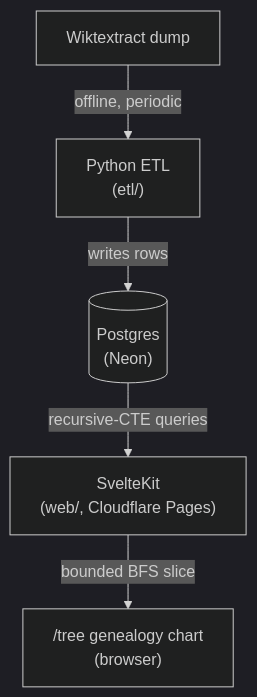
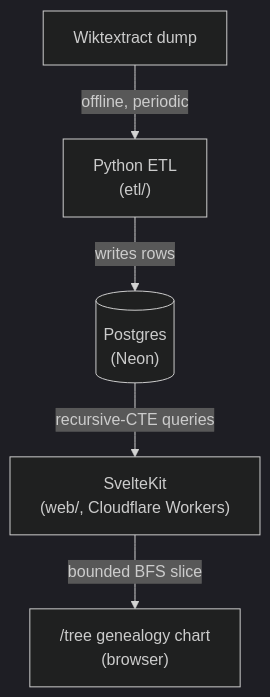
Before and after one commit to van-riper/etymyriad: the first of 2 diagrams in docs/DESIGN.md, drawn with Mermaid (dark theme). The commit also changed other lines of this file and 2 other files, not shown here.

Commit message:
docs: describe the Worker deploy
The site deploys as a Cloudflare Worker with static assets, but
several docs still said Pages and Pages Functions. CLAUDE.md also
claimed there was no CI publishing step, when pushing a tag on main
deploys production.

````diff
--- a/docs/DESIGN.md
+++ b/docs/DESIGN.md
@@ -31,7 +31,7 @@
 ```mermaid
 flowchart TD
     dump["Wiktextract dump"] -->|offline, periodic| etl["Python ETL<br/>(etl/)"]
     etl -->|writes rows| db[("Postgres<br/>(Neon)")]
-    db -->|recursive-CTE queries| web["SvelteKit<br/>(web/, Cloudflare Pages)"]
+    db -->|recursive-CTE queries| web["SvelteKit<br/>(web/, Cloudflare Workers)"]
     web -->|bounded BFS slice| tree["/tree genealogy chart<br/>(browser)"]
 ```
````
